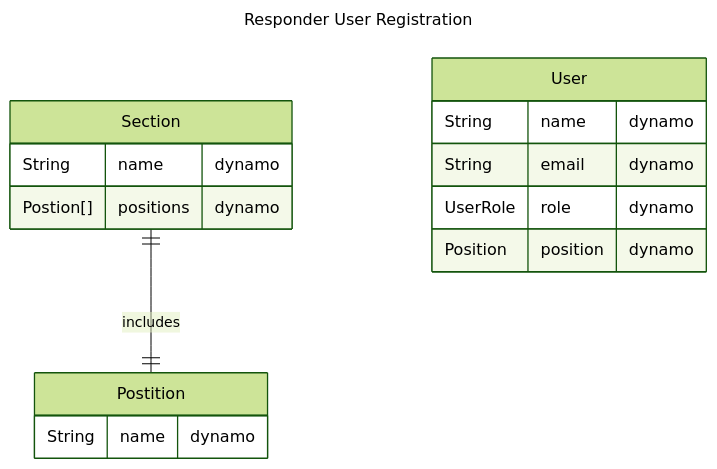
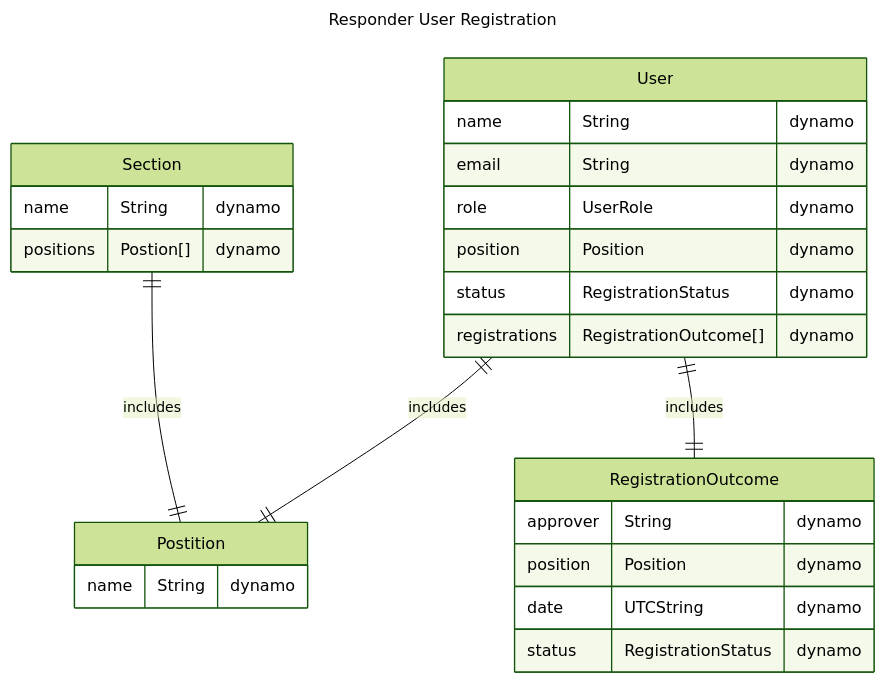
Before and after one commit to thomas-b-jackson/sdge-it-responder: the diagram in documents/design/data-models/user-registration.md, drawn with Mermaid (forest theme). The commit also changed 1 other file, not shown here.

Commit message:
updates to schema and ERD

````diff
--- a/documents/design/data-models/user-registration.md
+++ b/documents/design/data-models/user-registration.md
@@ -1,24 +1,35 @@
 ```mermaid
 ---
 title: Responder User Registration
 ---
 erDiagram
   Section  ||--|| Postition : includes
+  User  ||--|| Postition : includes
+  User  ||--|| RegistrationOutcome : includes
 
   Section {
-    String name           "dynamo"
-    Postion[] positions   "dynamo"
+    name String "dynamo"
+    positions Postion[] "dynamo"
   }
 
   Postition {
-    String name  "dynamo"
+    name String "dynamo"
   }
 
   User {
-    String name  "dynamo"
-    String email "dynamo"
-    UserRole role  "dynamo"
-    Position position  "dynamo"
+    name String   "dynamo"
+    email String "dynamo"
+    role UserRole "dynamo"
+    position Position "dynamo"
+    status RegistrationStatus "dynamo"
+    registrations RegistrationOutcome[] "dynamo"
+  }
+
+  RegistrationOutcome {
+    approver String  "dynamo"
+    position Position "dynamo"
+    date UTCString "dynamo"
+    status RegistrationStatus  "dynamo"
   }
 
 ```
````
